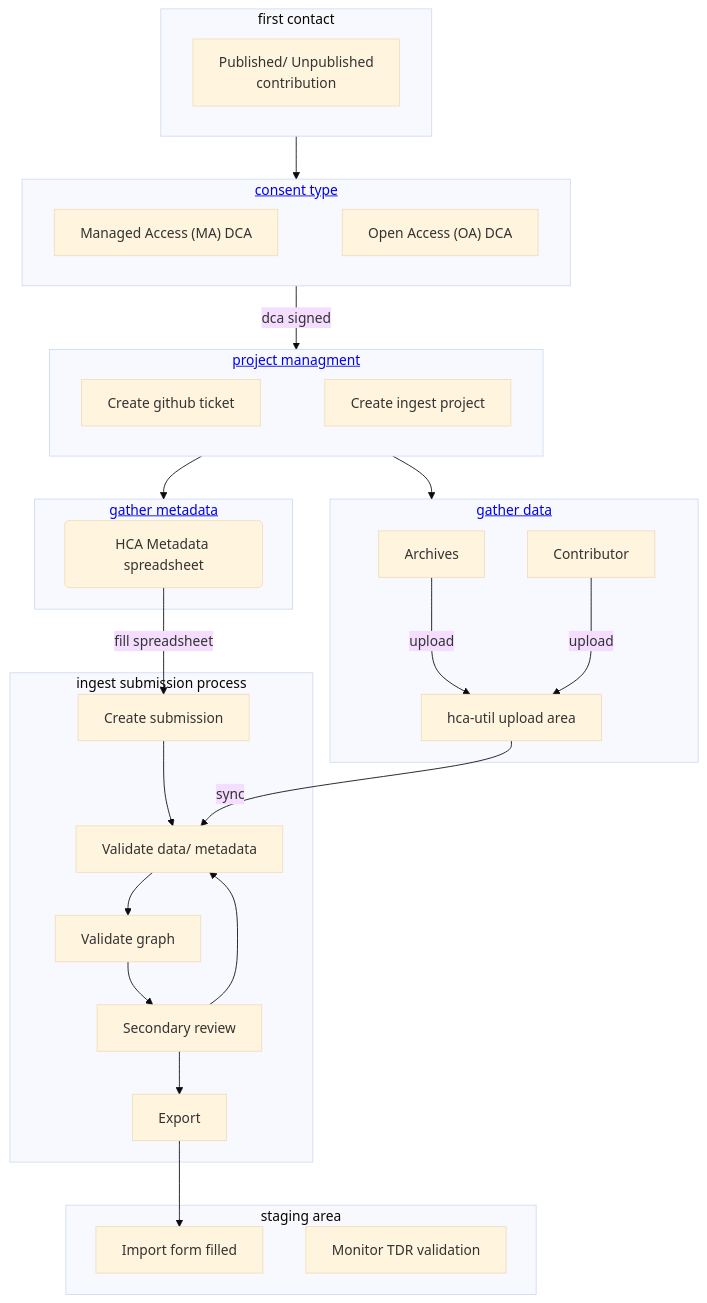
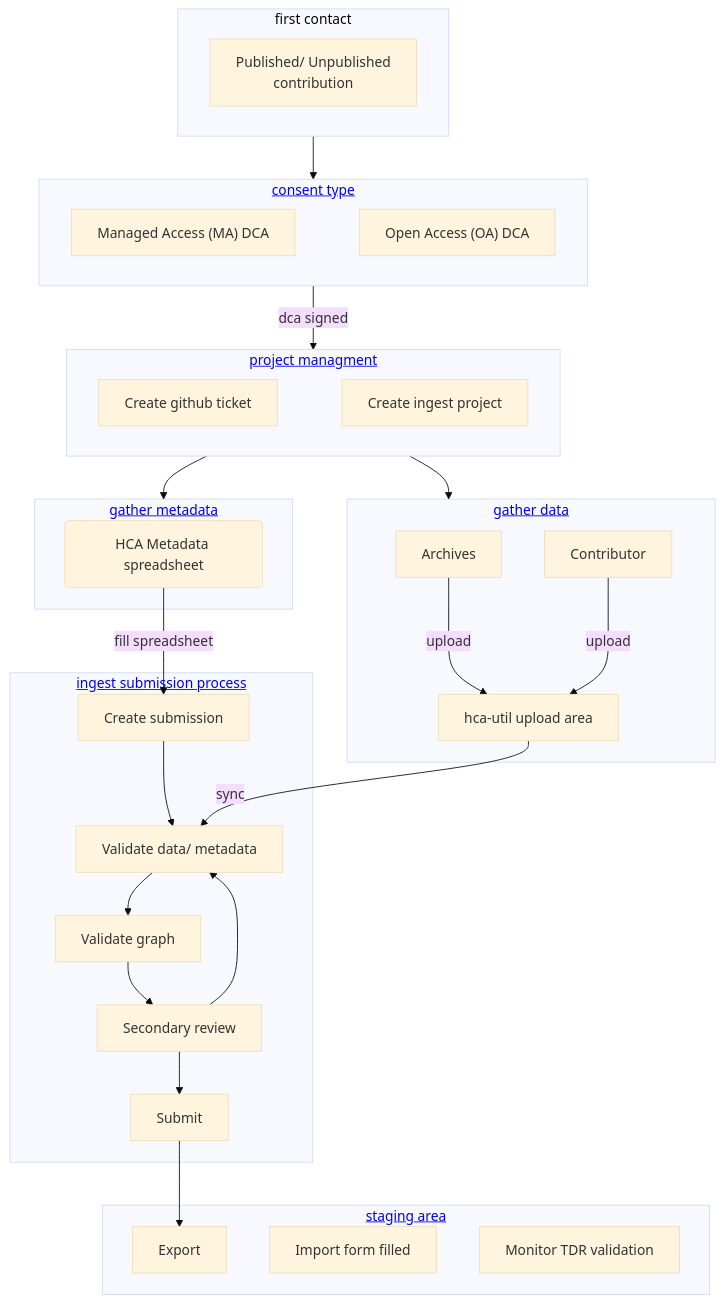
One commit to ebi-ait/hca-ebi-wrangler-central changed the diagram in docs/SOPs/Introduction/wrangling_process_diagram.md. Above: the diagram before and after it, drawn with Mermaid (base theme).

Commit message:
Add links to wrangling_sops

````diff
--- a/docs/SOPs/Introduction/wrangling_process_diagram.md
+++ b/docs/SOPs/Introduction/wrangling_process_diagram.md
@@ -16,63 +16,70 @@
 ```mermaid
 flowchart TD
     subgraph first [first contact]
     P1["Published/ Unpublished<br>contribution"]
     end
 
     subgraph dca [<a href='https://ebi-ait.github.io/hca-ebi-wrangler-central/SOPs/Introduction/dataset_wrangling_SOP.html#consent-type'>consent type</a>]
     MA["Managed Access (MA) DCA"]
     OA["Open Access (OA) DCA"]
     MA ~~~ OA
     end
     
     subgraph proj [<a href='https://ebi-ait.github.io/hca-ebi-wrangler-central/SOPs/Introduction/wrangling_project_management.html'>project managment</a>]
     D1["Create github ticket"]
     D2["Create ingest project"]
     D1 ~~~ D2
     end
 
     subgraph metadata [<a href='https://ebi-ait.github.io/hca-ebi-wrangler-central/SOPs/Introduction/dataset_wrangling_SOP.html#gather-metadata'>gather metadata</a>]
     HMS("HCA Metadata spreadsheet")
     end
 
     subgraph data [<a href='https://ebi-ait.github.io/hca-ebi-wrangler-central/SOPs/Introduction/dataset_wrangling_SOP.html#gather-data'>gather data</a>]
     C1["Archives"]
     C2["Contributor"]
     C3["hca-util upload area"]
     C1 --"upload"--> C3
     C2 --"upload"--> C3
     end
 
-    subgraph ingest [ingest submission process]
+    subgraph ingest [<a href='https://ebi-ait.github.io/hca-ebi-wrangler-central/SOPs/Introduction/dataset_wrangling_SOP.html#submission-process-in-ingest'>ingest submission process</a>]
     I1["Create submission"]
     I2["Validate data/ metadata"]
     I3["Validate graph"]
     I4["Secondary review"]
-    I5["Export"]
+    I5["Submit"]
     I1 --> I2
     I2 --> I3 --> I4 --> I5 
     I4 --> I2
     end
 
-    subgraph import [staging area]
-    M1["Import form filled"]
-    M2["Monitor TDR validation"]
+    subgraph import [<a href='https://ebi-ait.github.io/hca-ebi-wrangler-central/SOPs/Introduction/access_tera.html'>staging area</a>]
+    M1["Export"]
+    M2["Import form filled"]
+    M3["Monitor TDR validation"]
     I5 --> M1
     end
 
     C3 --sync--> I2
     first --> dca
     dca--dca signed-->proj--> metadata
     HMS--"fill spreadsheet"--> I1
     proj-->data
 
     click MA href "https://ebi-ait.github.io/hca-ebi-wrangler-central/SOPs/Managed_access/Managed_access.html" "Consent type"
     click C1 href "https://ebi-ait.github.io/hca-ebi-wrangler-central/SOPs/Introduction/dataset_wrangling_SOP.html#gathering-data" "Gathering data"
     click C2 href "https://ebi-ait.github.io/hca-ebi-wrangler-central/SOPs/Introduction/dataset_wrangling_SOP.html#data-upload-contributor" "Data upload contributor"
     click C3 href "https://ebi-ait.github.io/hca-ebi-wrangler-central/tools/Accessing_upload_area/hca_util.html" "hca-util"
     click D1 href "https://github.com/ebi-ait/hca-ebi-wrangler-central/issues" "wrangler repo"
     click D2 href "https://contribute.data.humancellatlas.org/" "ingest site"
     click HMS href "https://ebi-ait.github.io/hca-ebi-wrangler-central/SOPs/Metadata_spreadsheet/HCA_Metadata_Spreadsheet_Guide_Wranglers.html" "HCA metadata spreadsheet guide"
+    click I1 href "https://ebi-ait.github.io/hca-ebi-wrangler-central/SOPs/Introduction/dataset_wrangling_SOP.html#create-submission" "Create ingest submission"
+    click I2 href "https://ebi-ait.github.io/hca-ebi-wrangler-central/SOPs/Introduction/dataset_wrangling_SOP.html#metadata-validation" "Validate data/metadata"
+    click I3 href "https://ebi-ait.github.io/hca-ebi-wrangler-central/SOPs/Introduction/dataset_wrangling_SOP.html#experimental-graph-validation" "Validate graph"
     click I4 href "https://ebi-ait.github.io/hca-ebi-wrangler-central/SOPs/Introduction/secondary_review_SOP.html" "Secondary review SOP"
-    click M2 href "https://ebi-ait.github.io/hca-ebi-wrangler-central/SOPs/Introduction/access_tera.html" "Access TDR SOP"
+    click I5 href "https://ebi-ait.github.io/hca-ebi-wrangler-central/SOPs/Introduction/dataset_wrangling_SOP.html#completing-the-submission" "Completing the submission SOP"
+    click M1 href "https://ebi-ait.github.io/hca-ebi-wrangler-central/SOPs/Introduction/dataset_wrangling_SOP.html#export" "Export SOP"
+    click M2 href "https://docs.google.com/forms/d/e/1FAIpQLSeokUTa-aVXGDdSNODEYetxezasFKp2oVLz65775lgk5t0D2w/" "Import form"
+    click M3 href "https://ebi-ait.github.io/hca-ebi-wrangler-central/SOPs/Introduction/access_tera.html" "Access TDR SOP"
 ```
````
